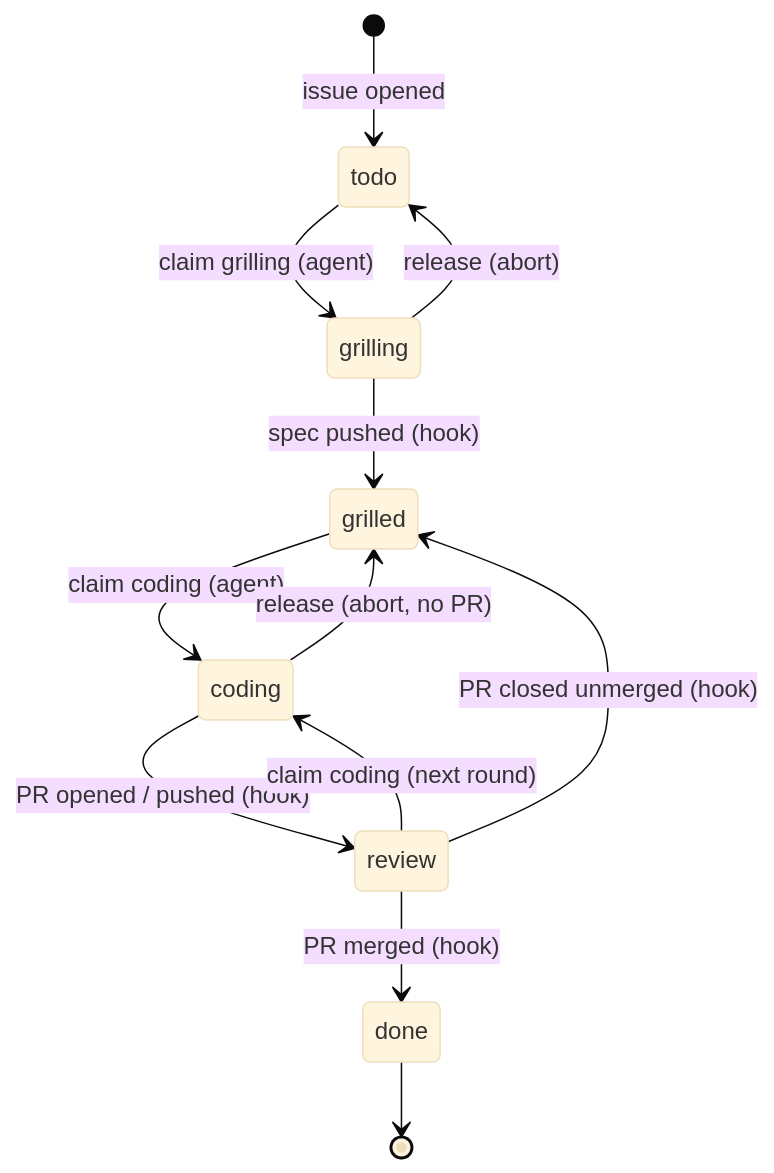
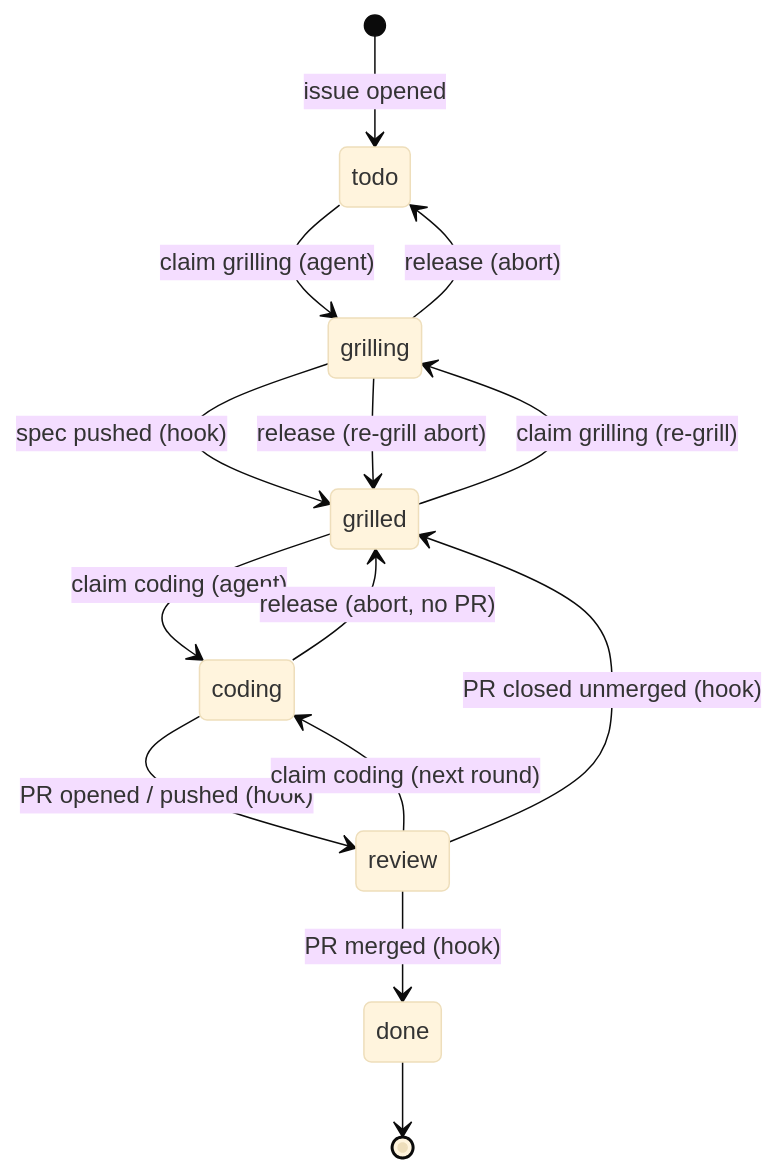
Before and after one commit to rlatapy-luna/whackagent: the diagram in GITHUB.md, drawn with Mermaid (base theme). The commit also changed other lines of this file and 30 other files, not shown here.

````diff
--- a/GITHUB.md
+++ b/GITHUB.md
@@ -43,14 +56,16 @@
 ```mermaid
 stateDiagram-v2
     [*] --> todo: issue opened
     todo --> grilling: claim grilling (agent)
     grilling --> grilled: spec pushed (hook)
     grilling --> todo: release (abort)
+    grilled --> grilling: claim grilling (re-grill)
+    grilling --> grilled: release (re-grill abort)
     grilled --> coding: claim coding (agent)
     coding --> review: PR opened / pushed (hook)
     coding --> grilled: release (abort, no PR)
     review --> coding: claim coding (next round)
     review --> done: PR merged (hook)
     review --> grilled: PR closed unmerged (hook)
     done --> [*]
 ```
````
